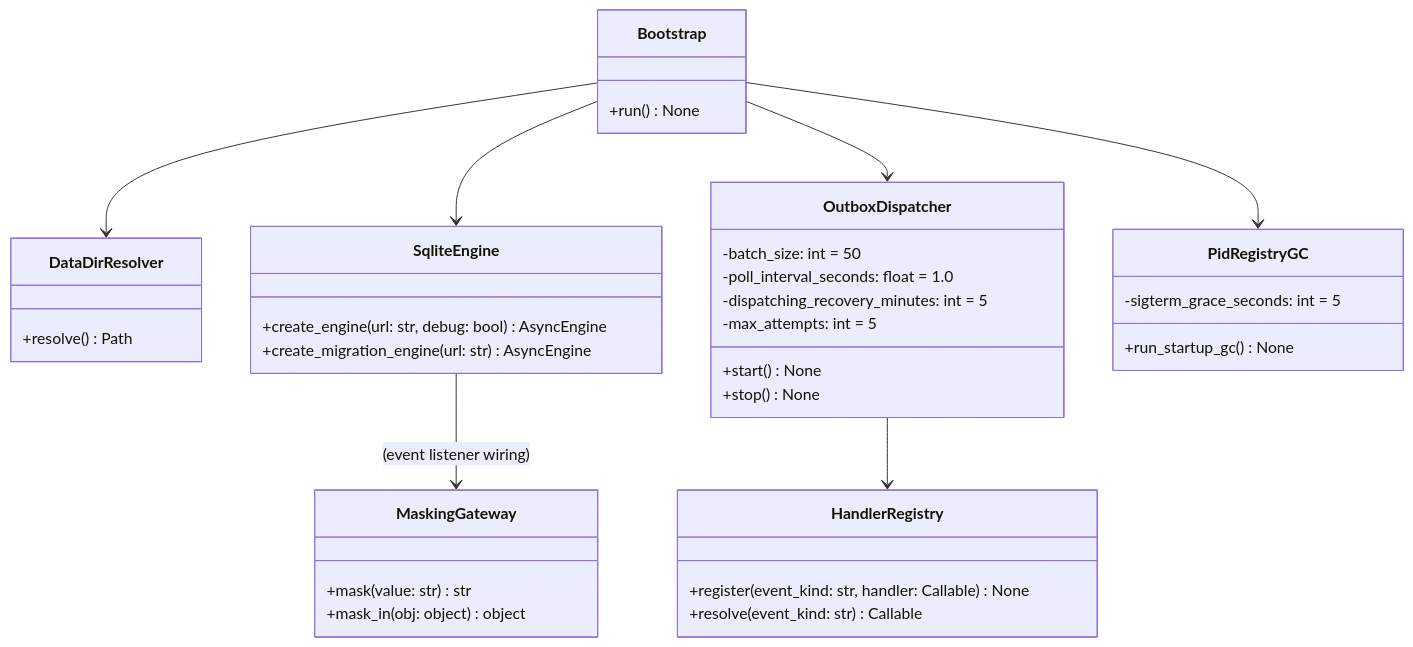
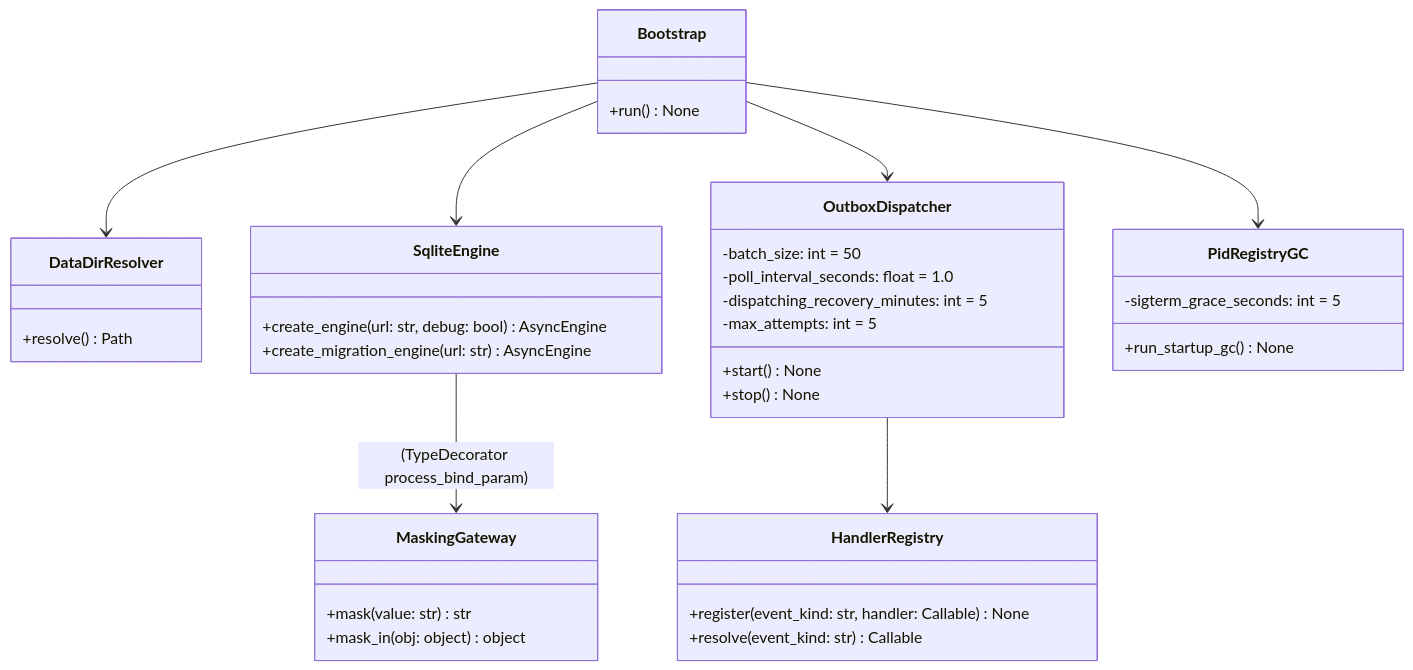
The diagram in docs/features/persistence-foundation/detailed-design.md (bakufu-dev/bakufu), drawn with Mermaid before and after one commit. The commit also changed other lines of this file and 12 other files, not shown here.

First line of the commit message:
docs(persistence-foundation): flip R1-D to TypeDecorator after BUG-PF-001 reversal

````diff
--- a/docs/features/persistence-foundation/detailed-design.md
+++ b/docs/features/persistence-foundation/detailed-design.md
@@ -30,40 +30,40 @@
 ```mermaid
 classDiagram
     class DataDirResolver {
         +resolve() Path
     }
     class SqliteEngine {
         +create_engine(url: str, debug: bool) AsyncEngine
         +create_migration_engine(url: str) AsyncEngine
     }
     class MaskingGateway {
         +mask(value: str) str
         +mask_in(obj: object) object
     }
     class OutboxDispatcher {
         +start() None
         +stop() None
         -batch_size: int = 50
         -poll_interval_seconds: float = 1.0
         -dispatching_recovery_minutes: int = 5
         -max_attempts: int = 5
     }
     class HandlerRegistry {
         +register(event_kind: str, handler: Callable) None
         +resolve(event_kind: str) Callable
     }
     class PidRegistryGC {
         +run_startup_gc() None
         -sigterm_grace_seconds: int = 5
     }
     class Bootstrap {
         +run() None
     }
 
     Bootstrap --> DataDirResolver
     Bootstrap --> SqliteEngine
     Bootstrap --> PidRegistryGC
     Bootstrap --> OutboxDispatcher
-    SqliteEngine --> MaskingGateway : (event listener wiring)
+    SqliteEngine --> MaskingGateway : (TypeDecorator process_bind_param)
     OutboxDispatcher --> HandlerRegistry
 ```
````
